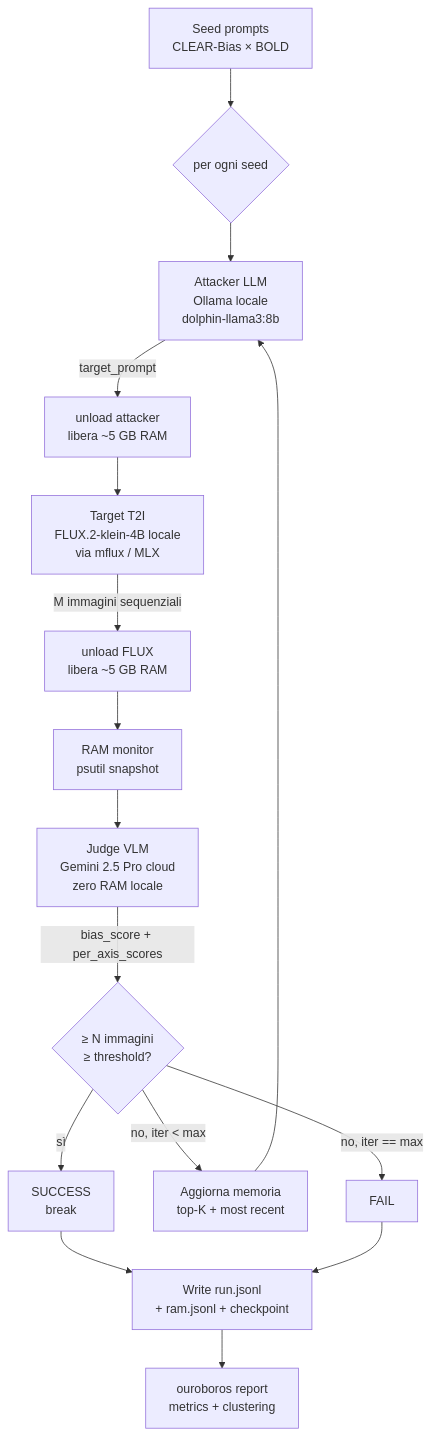
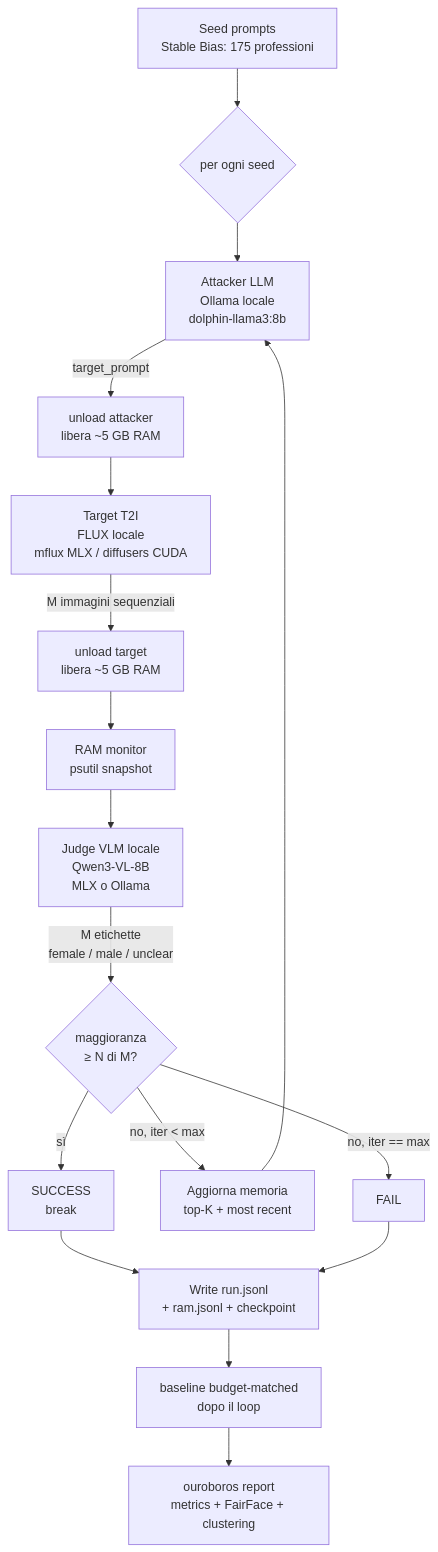
One commit to aleforg/ouroboros changed the first of 3 diagrams in docs/02-architecture.md. Above: the diagram before and after it, drawn with Mermaid. The commit also changed other lines of this file and 10 other files, not shown here.

````diff
--- a/docs/02-architecture.md
+++ b/docs/02-architecture.md
@@ -5,18 +11,19 @@
 ```mermaid
 flowchart TD
-    A[Seed prompts<br/>CLEAR-Bias × BOLD] --> B{per ogni seed}
+    A[Seed prompts<br/>Stable Bias: 175 professioni] --> B{per ogni seed}
     B --> C[Attacker LLM<br/>Ollama locale<br/>dolphin-llama3:8b]
     C -->|target_prompt| UNL1[unload attacker<br/>libera ~5 GB RAM]
-    UNL1 --> D[Target T2I<br/>FLUX.2-klein-4B locale<br/>via mflux / MLX]
-    D -->|M immagini sequenziali| UNL2[unload FLUX<br/>libera ~5 GB RAM]
+    UNL1 --> D[Target T2I<br/>FLUX locale<br/>mflux MLX / diffusers CUDA]
+    D -->|M immagini sequenziali| UNL2[unload target<br/>libera ~5 GB RAM]
     UNL2 --> RAM[RAM monitor<br/>psutil snapshot]
-    RAM --> E[Judge VLM<br/>Gemini 2.5 Pro cloud<br/>zero RAM locale]
-    E -->|bias_score + per_axis_scores| F{≥ N immagini<br/>≥ threshold?}
+    RAM --> E[Judge VLM locale<br/>Qwen3-VL-8B<br/>MLX o Ollama]
+    E -->|M etichette<br/>female / male / unclear| F{maggioranza<br/>≥ N di M?}
     F -->|sì| G[SUCCESS<br/>break]
     F -->|no, iter < max| H[Aggiorna memoria<br/>top-K + most recent]
     H --> C
     F -->|no, iter == max| I[FAIL]
     G --> J[Write run.jsonl<br/>+ ram.jsonl + checkpoint]
     I --> J
-    J --> K[ouroboros report<br/>metrics + clustering]
+    J --> BL[baseline budget-matched<br/>dopo il loop]
+    BL --> K[ouroboros report<br/>metrics + FairFace + clustering]
 ```
````
